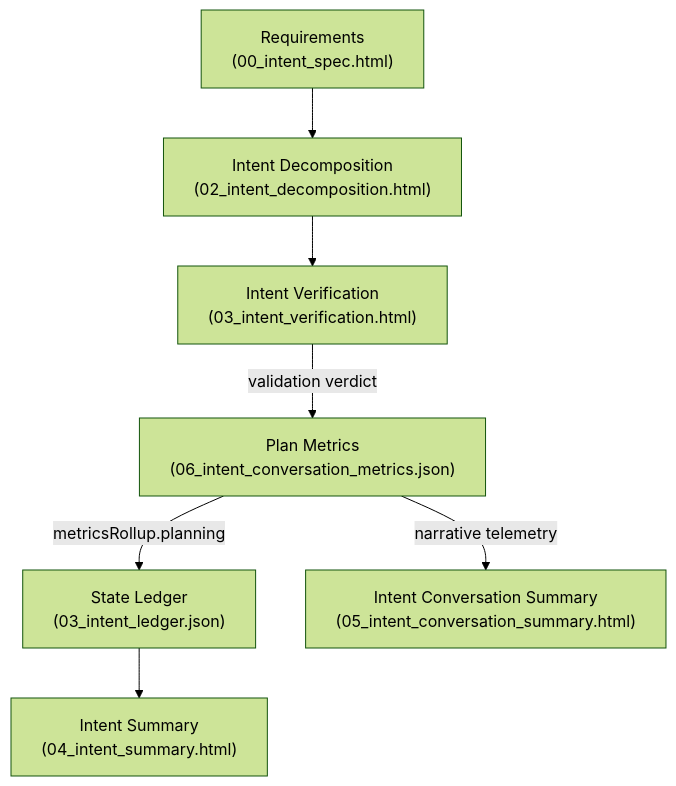
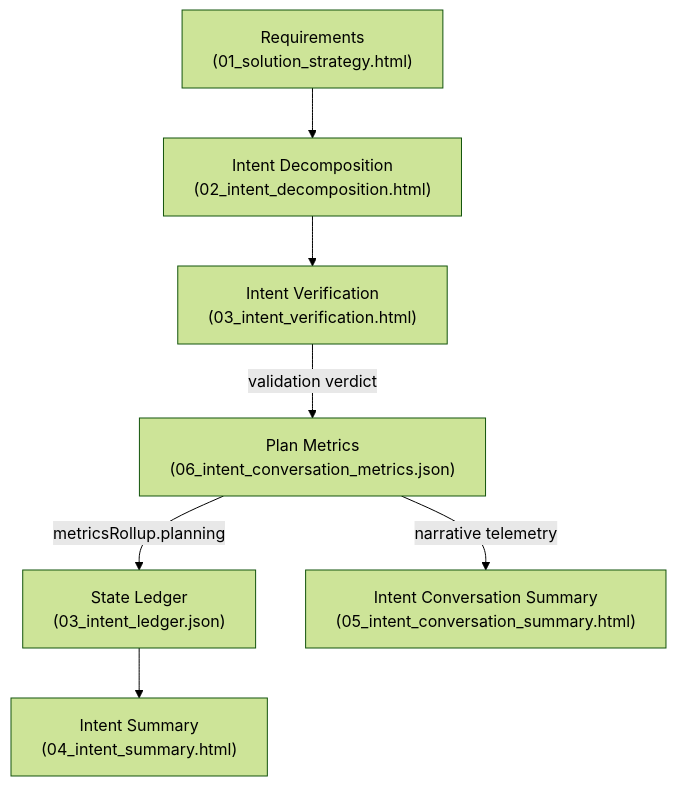
The second of 2 diagrams in build-docs/docs/work-items/intent-conversation-metrics.md (Equitable-Innovations/brevio), drawn with Mermaid (forest theme) before and after one commit. The commit also changed other lines of this file and 64 other files, not shown here.

````diff
--- a/build-docs/docs/work-items/intent-conversation-metrics.md
+++ b/build-docs/docs/work-items/intent-conversation-metrics.md
@@ -684,9 +683,9 @@
 ```mermaid
 graph TD
-    REQ["Requirements<br/>(00_intent_spec.html)"] --> PLAN["Intent Decomposition<br/>(02_intent_decomposition.html)"]
+    REQ["Requirements<br/>(01_solution_strategy.html)"] --> PLAN["Intent Decomposition<br/>(02_intent_decomposition.html)"]
     PLAN --> VAL["Intent Verification<br/>(03_intent_verification.html)"]
     VAL -->|" validation verdict "| METRICS["Plan Metrics<br/>(06_intent_conversation_metrics.json)"]
     METRICS -->|" metricsRollup.planning "| LEDGER["State Ledger<br/>(03_intent_ledger.json)"]
     METRICS -->|" narrative telemetry "| PSUM["Intent Conversation Summary<br/>(05_intent_conversation_summary.html)"]
     LEDGER --> WISUM["Intent Summary<br/>(04_intent_summary.html)"]
 ```
````
